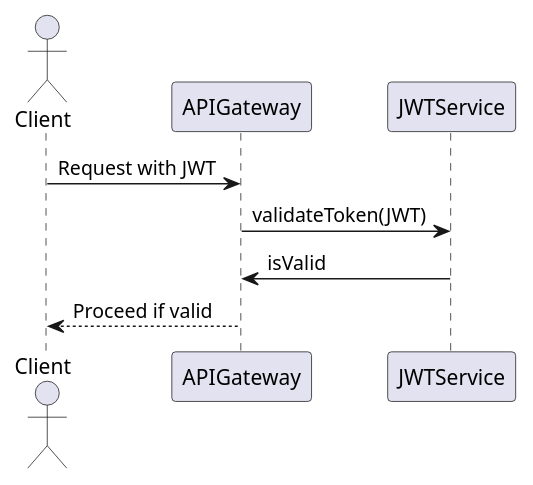
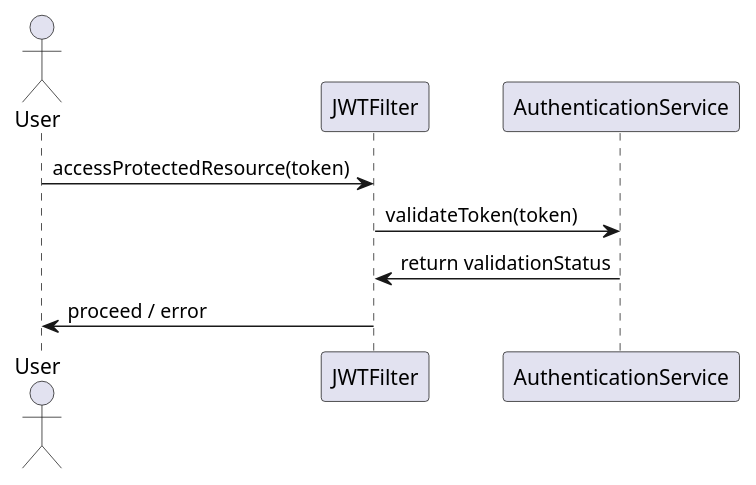
The third of 4 diagrams in enrollment/documentation/detaileddesign.adoc (Dinesh-s95/AutoDoc.ai), drawn with PlantUML before and after one commit. The commit also changed other lines of this file and 4 other files, not shown here.

```diff
--- a/enrollment/documentation/detaileddesign.adoc
+++ b/enrollment/documentation/detaileddesign.adoc
@@ -219,10 +230,13 @@
-[plantuml, jwt-validation-flow, png]
+[plantuml, jwt-validation-sequence, png]
 ----
 @startuml
-actor Client
-Client -> APIGateway: Request with JWT
-APIGateway -> JWTService: validateToken(JWT)
-JWTService -> APIGateway: isValid
-APIGateway --> Client: Proceed if valid
+actor "User" as user
+participant "JWTFilter" as jwtFilter
+participant "AuthenticationService" as authService
+
+user -> jwtFilter : accessProtectedResource(token)
+jwtFilter -> authService : validateToken(token)
+authService -> jwtFilter : return validationStatus
+jwtFilter -> user : proceed / error
 @enduml
 ----
```
